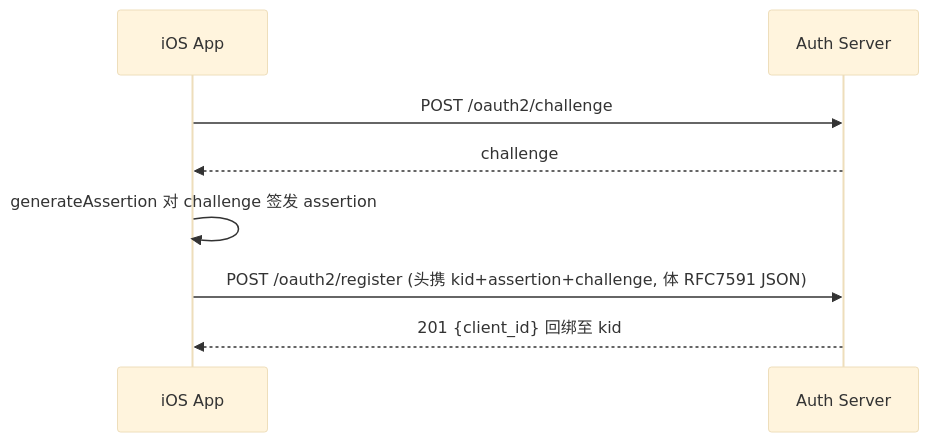
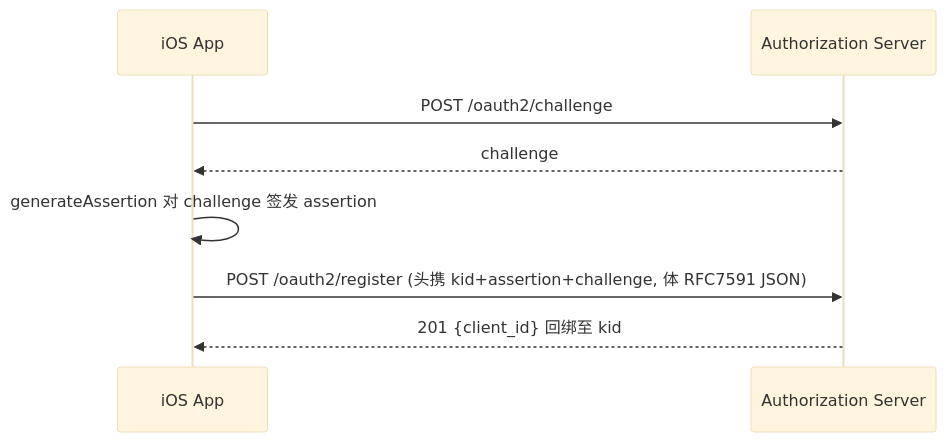
One commit to euler-projects/demo changed the third of 6 diagrams in user-center/doc/apis/zh-cn/app-attest-login/v2/App-Attest-Login.md. Above: the diagram before and after it, drawn with Mermaid (base theme). The commit also changed other lines of this file, not shown here.

````diff
--- a/user-center/doc/apis/zh-cn/app-attest-login/v2/App-Attest-Login.md
+++ b/user-center/doc/apis/zh-cn/app-attest-login/v2/App-Attest-Login.md
@@ -141,10 +140,10 @@
 ```mermaid
 sequenceDiagram
     participant App as iOS App
-    participant Server as Auth Server
+    participant Server as Authorization Server
     App ->> Server: POST /oauth2/challenge
     Server -->> App: challenge
     App ->> App: generateAssertion 对 challenge 签发 assertion
     App ->> Server: POST /oauth2/register (头携 kid+assertion+challenge, 体 RFC7591 JSON)
     Server -->> App: 201 {client_id} 回绑至 kid
 ```
````
